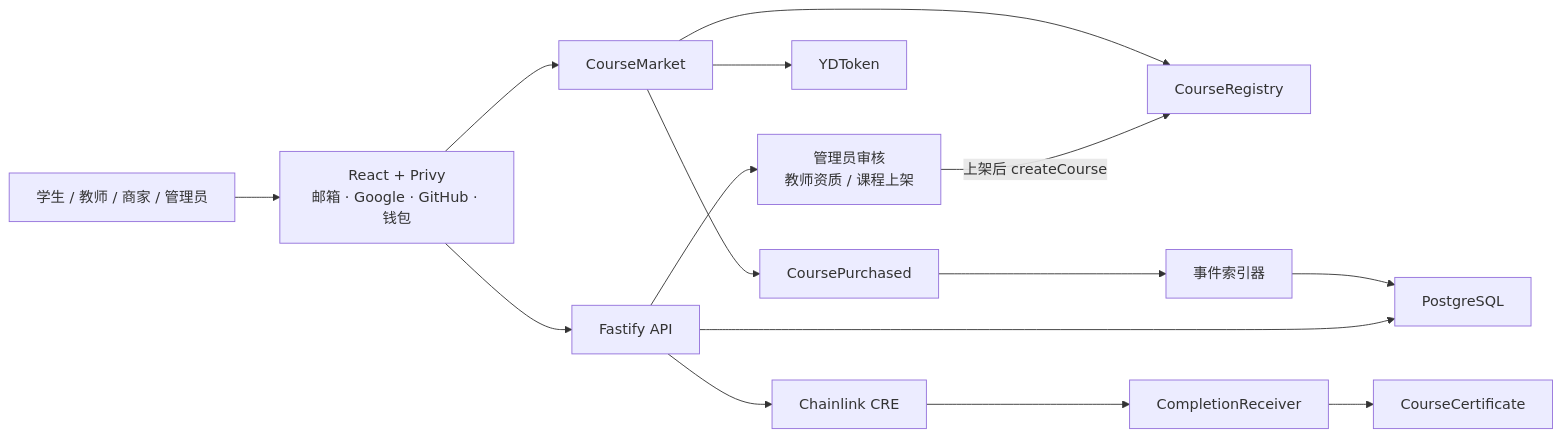
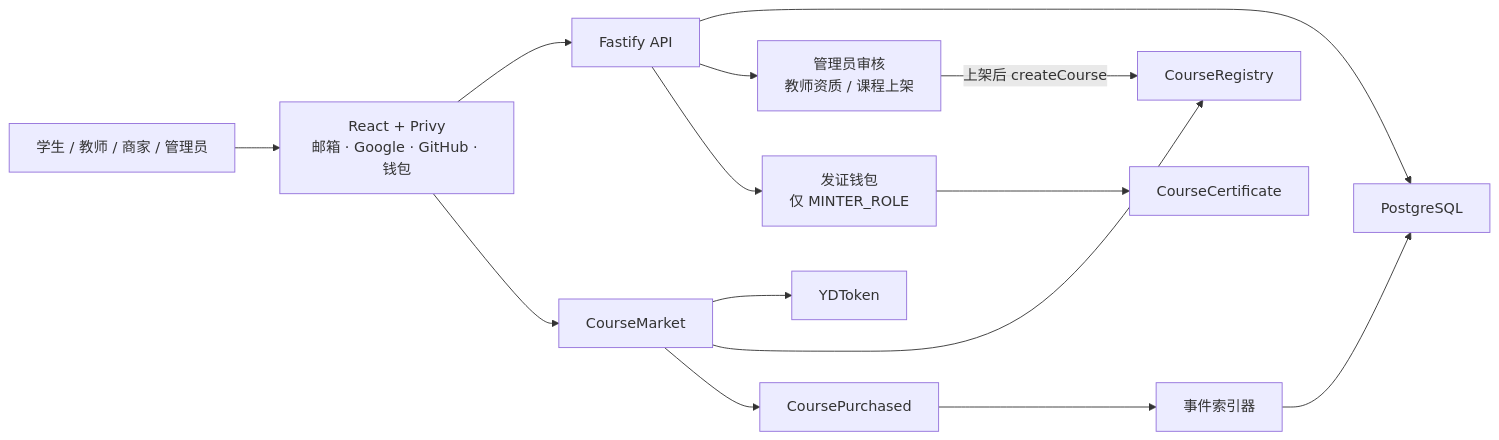
One commit to Leon4868/yd-university changed the diagram in docs/architecture.md. Above: the diagram before and after it, drawn with Mermaid. The commit also changed other lines of this file and 21 other files, not shown here.

````diff
--- a/docs/architecture.md
+++ b/docs/architecture.md
@@ -3,17 +3,16 @@
 ```mermaid
 flowchart LR
     U["学生 / 教师 / 商家 / 管理员"] --> WEB["React + Privy<br/>邮箱 · Google · GitHub · 钱包"]
     WEB --> API["Fastify API"]
     API --> DB["PostgreSQL"]
     API --> REVIEW["管理员审核<br/>教师资质 / 课程上架"]
     REVIEW -->|"上架后 createCourse"| REGISTRY
     WEB --> MARKET["CourseMarket"]
     MARKET --> TOKEN["YDToken"]
     MARKET --> REGISTRY["CourseRegistry"]
     MARKET --> EVENT["CoursePurchased"]
     EVENT --> INDEXER["事件索引器"]
     INDEXER --> DB
-    API --> CRE["Chainlink CRE"]
-    CRE --> RECEIVER["CompletionReceiver"]
-    RECEIVER --> NFT["CourseCertificate"]
+    API --> ISSUER["发证钱包<br/>仅 MINTER_ROLE"]
+    ISSUER --> NFT["CourseCertificate"]
 ```
````
